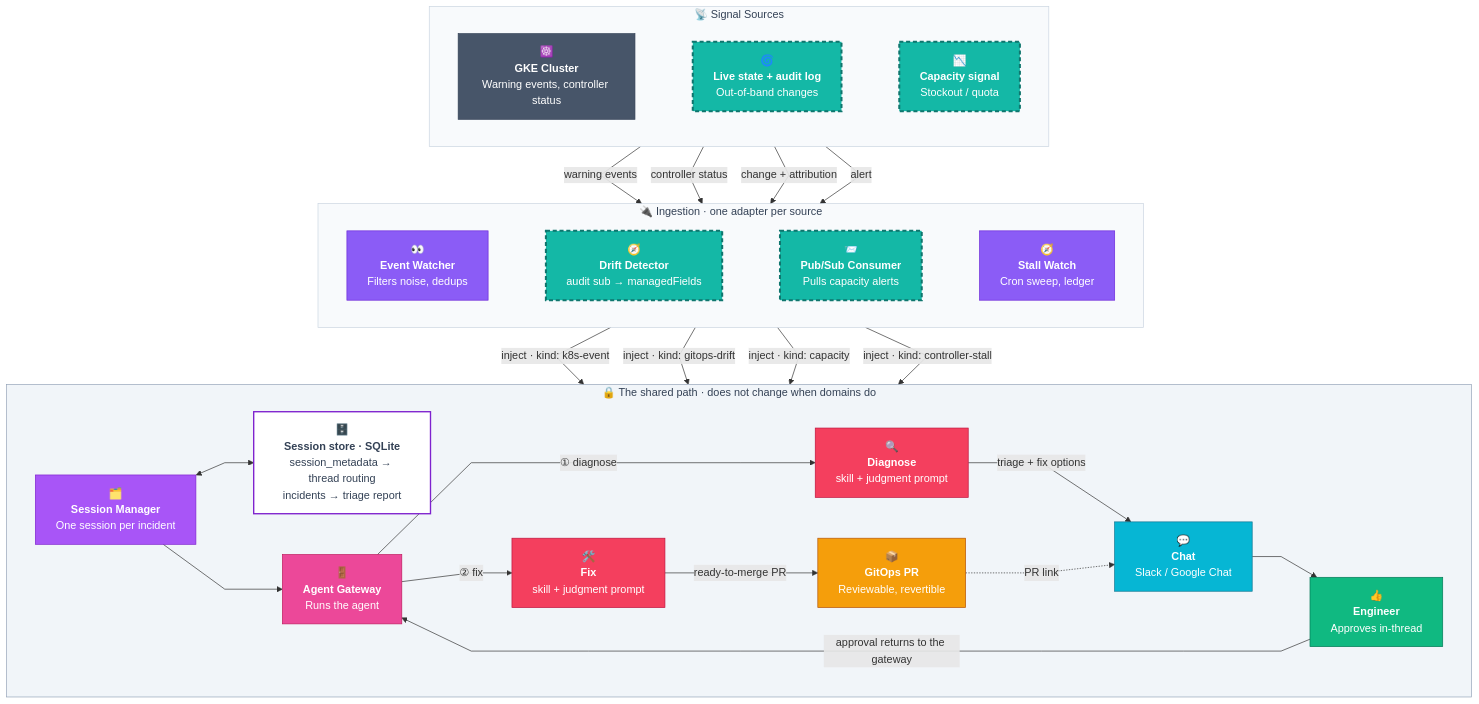
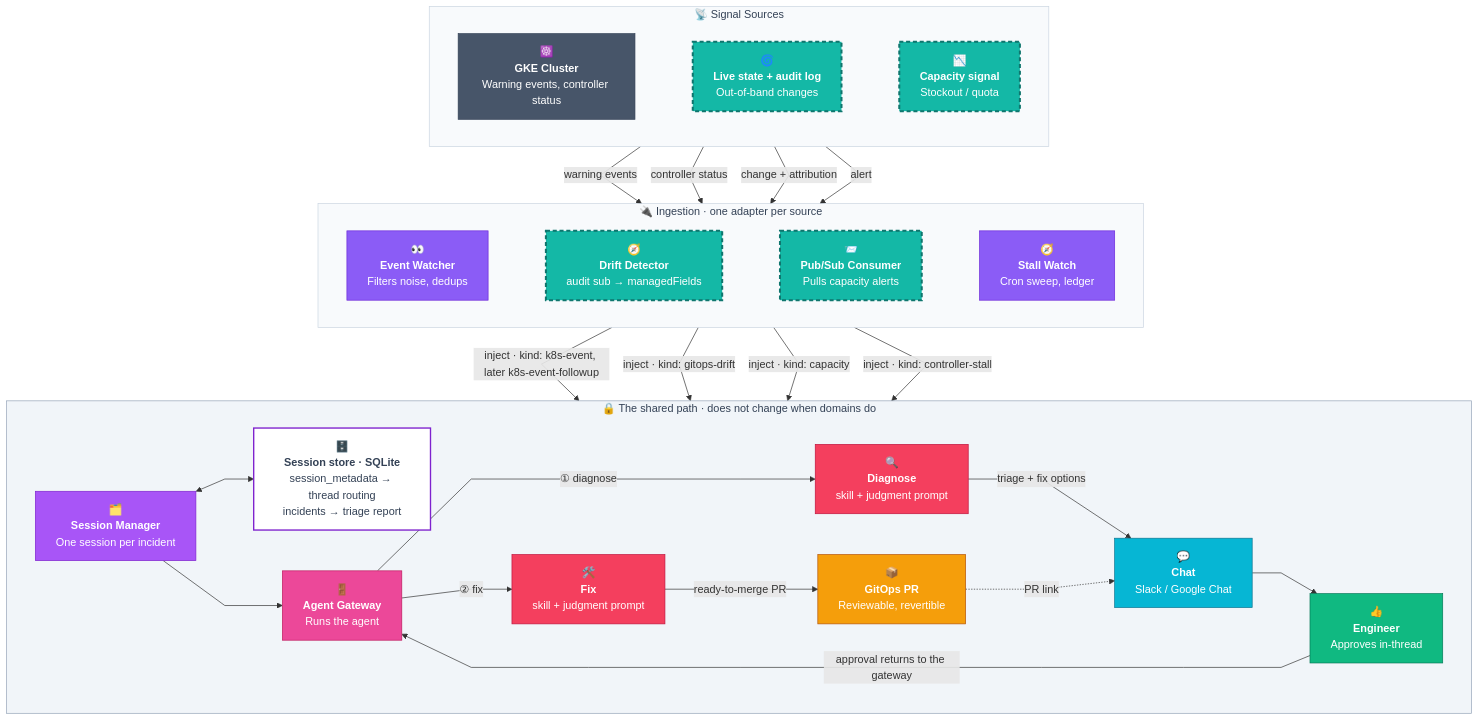
One commit to gke-labs/kube-agents changed the diagram in agents/platform/docs/autoops-architecture.md. Above: the diagram before and after it, drawn with Mermaid. The commit also changed other lines of this file and 25 other files, not shown here.

````diff
--- a/agents/platform/docs/autoops-architecture.md
+++ b/agents/platform/docs/autoops-architecture.md
@@ -11,78 +11,78 @@
 ```mermaid
 %%{init: {'flowchart': {'curve': 'linear', 'nodeSpacing': 60, 'rankSpacing': 60}}}%%
 flowchart TB
     subgraph SOURCES["📡 Signal Sources"]
         direction LR
         CLUSTER["☸️<br/><b>GKE Cluster</b><br/>Warning events, controller status"]
         DRIFT["🌀<br/><b>Live state + audit log</b><br/>Out-of-band changes"]
         CAP["📉<br/><b>Capacity signal</b><br/>Stockout / quota"]
         CLUSTER ~~~ DRIFT ~~~ CAP
     end
 
     subgraph INGEST["🔌 Ingestion · one adapter per source"]
         direction LR
         WATCH["👀<br/><b>Event Watcher</b><br/>Filters noise, dedups"]
         DDET["🧭<br/><b>Drift Detector</b><br/>audit sub → managedFields"]
         PSUB["📨<br/><b>Pub/Sub Consumer</b><br/>Pulls capacity alerts"]
         STALLW["🧭<br/><b>Stall Watch</b><br/>Cron sweep, ledger"]
         WATCH ~~~ DDET ~~~ PSUB ~~~ STALLW
     end
 
     subgraph SPINE["🔒 The shared path · does not change when domains do"]
         direction LR
         SESS["🗂️<br/><b>Session Manager</b><br/>One session per incident"]
         STORE["🗄️<br/><b>Session store · SQLite</b><br/>session_metadata → thread routing<br/>incidents → triage report"]
         GW["🚪<br/><b>Agent Gateway</b><br/>Runs the agent"]
         DIAG["🔍<br/><b>Diagnose</b><br/>skill + judgment prompt"]
         FIXP["🛠️<br/><b>Fix</b><br/>skill + judgment prompt"]
         CHAT["💬<br/><b>Chat</b><br/>Slack / Google Chat"]
         HUMAN["👍<br/><b>Engineer</b><br/>Approves in-thread"]
         FIX["📦<br/><b>GitOps PR</b><br/>Reviewable, revertible"]
         SESS <--> STORE
         SESS --> GW
         GW -->|① diagnose| DIAG
         DIAG -->|triage + fix options| CHAT
         CHAT --> HUMAN
         HUMAN -->|approval returns to the gateway| GW
         GW -->|② fix| FIXP
         FIXP -->|ready-to-merge PR| FIX
     end
 
     CLUSTER -->|warning events| WATCH
     CLUSTER -->|controller status| STALLW
     DRIFT -->|change + attribution| DDET
     CAP -->|alert| PSUB
 
-    WATCH -->|inject · kind: k8s-event| SESS
+    WATCH -->|inject · kind: k8s-event, later k8s-event-followup| SESS
     DDET -->|inject · kind: gitops-drift| SESS
     PSUB -->|inject · kind: capacity| SESS
     STALLW -->|inject · kind: controller-stall| SESS
 
     FIX -.->|PR link| CHAT
 
     classDef live fill:#475569,stroke:#334155,color:#fff;
     classDef newdom fill:#14B8A6,stroke:#0F766E,stroke-width:3px,color:#fff,stroke-dasharray:6 4;
     classDef ingest fill:#8B5CF6,stroke:#6D28D9,color:#fff;
     classDef sess fill:#A855F7,stroke:#7E22CE,color:#fff;
     classDef store fill:#FFFFFF,stroke:#7E22CE,stroke-width:2px,color:#334155;
     classDef gw fill:#EC4899,stroke:#BE185D,color:#fff;
     classDef agent fill:#F43F5E,stroke:#BE123C,color:#fff;
     classDef chat fill:#06B6D4,stroke:#0E7490,color:#fff;
     classDef human fill:#10B981,stroke:#047857,color:#fff;
     classDef fix fill:#F59E0B,stroke:#B45309,color:#fff;
 
     class CLUSTER live;
     class DRIFT,CAP,DDET,PSUB newdom;
     class WATCH,STALLW ingest;
     class SESS sess;
     class STORE store;
     class GW gw;
     class DIAG,FIXP agent;
     class CHAT chat;
     class HUMAN human;
     class FIX fix;
 
     style SOURCES fill:#F8FAFC,stroke:#CBD5E1,color:#334155
     style INGEST fill:#F8FAFC,stroke:#CBD5E1,color:#334155
     style SPINE fill:#F1F5F9,stroke:#94A3B8,color:#334155
 ```
````
